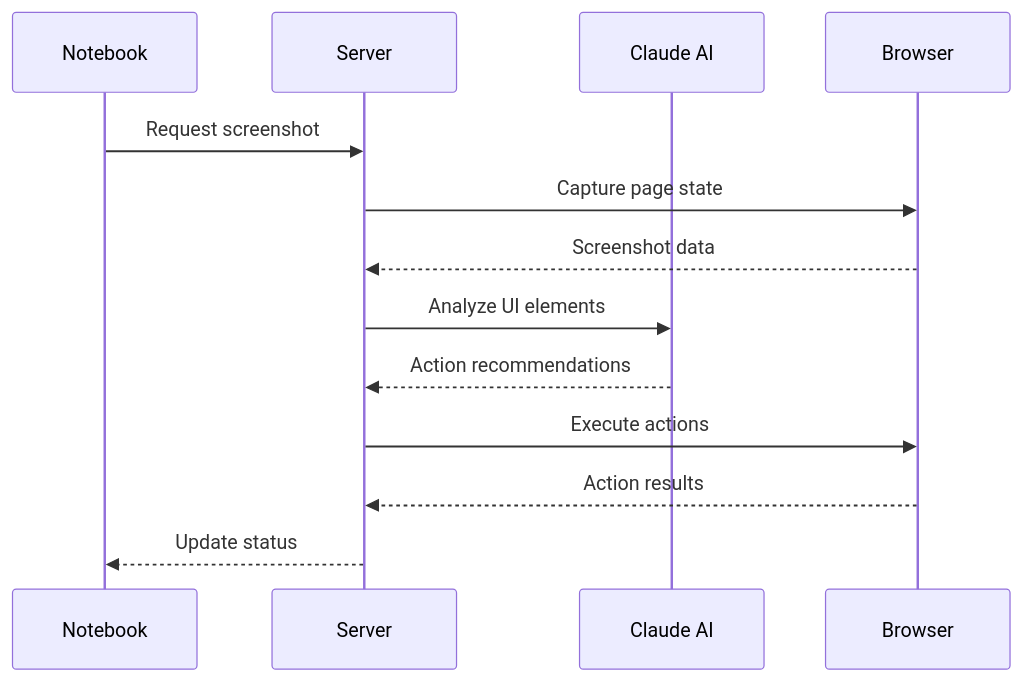
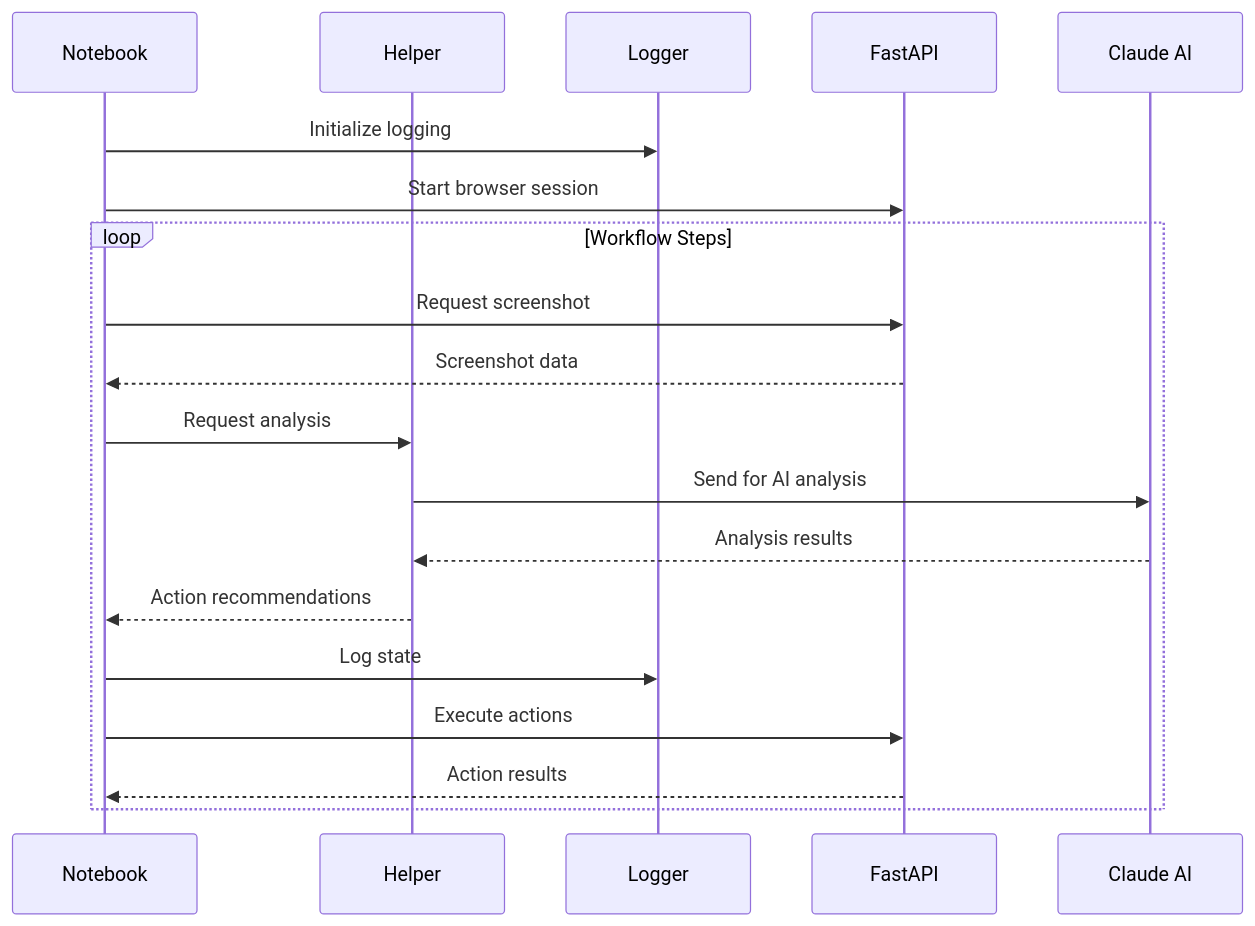
One commit to dusaneh/sync-crawl changed the second of 2 diagrams in docs/architecture.md. Above: the diagram before and after it, drawn with Mermaid. The commit also changed other lines of this file, not shown here.

````diff
--- a/docs/architecture.md
+++ b/docs/architecture.md
@@ -59,16 +56,22 @@
 ```mermaid
 sequenceDiagram
-    participant N as Notebook
-    participant S as Server
-    participant AI as Claude AI
-    participant B as Browser
+    participant NB as Notebook
+    participant H as Helper
+    participant L as Logger
+    participant F as FastAPI
+    participant C as Claude AI
     
-    N->>S: Request screenshot
-    S->>B: Capture page state
-    B-->>S: Screenshot data
-    S->>AI: Analyze UI elements
-    AI-->>S: Action recommendations
-    S->>B: Execute actions
-    B-->>S: Action results
-    S-->>N: Update status
+    NB->>L: Initialize logging
+    NB->>F: Start browser session
+    loop Workflow Steps
+        NB->>F: Request screenshot
+        F-->>NB: Screenshot data
+        NB->>H: Request analysis
+        H->>C: Send for AI analysis
+        C-->>H: Analysis results
+        H-->>NB: Action recommendations
+        NB->>L: Log state
+        NB->>F: Execute actions
+        F-->>NB: Action results
+    end
 ```
````
